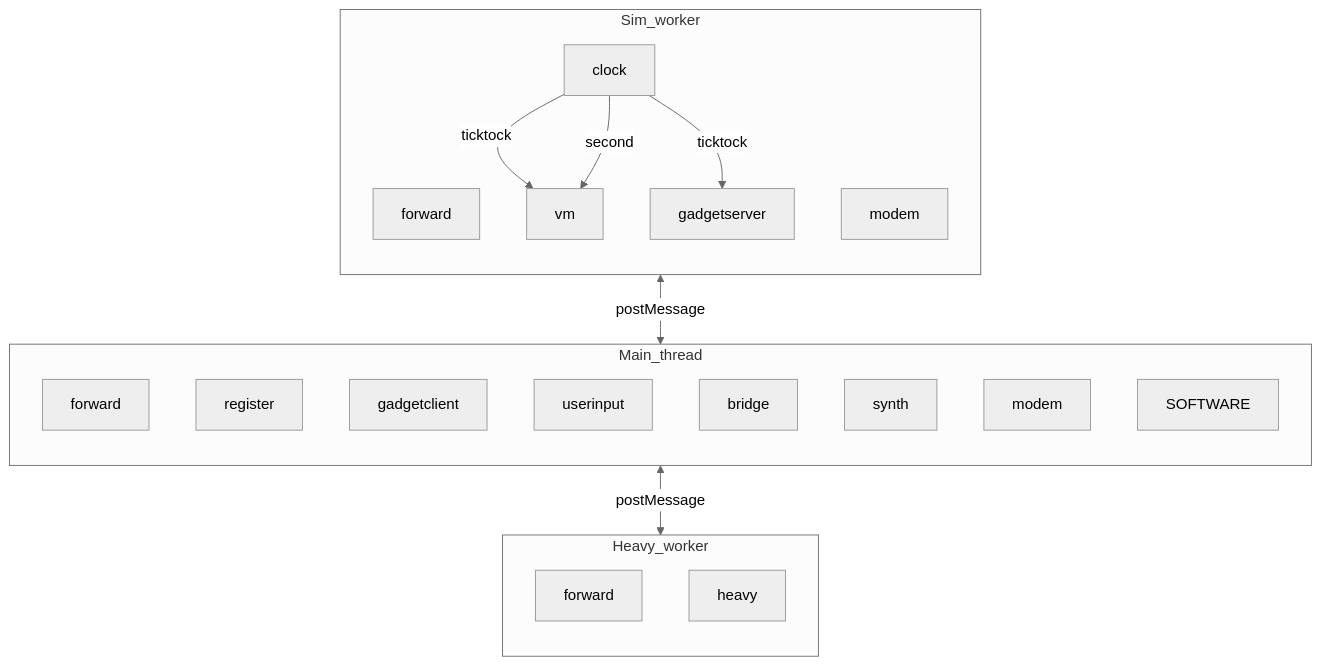
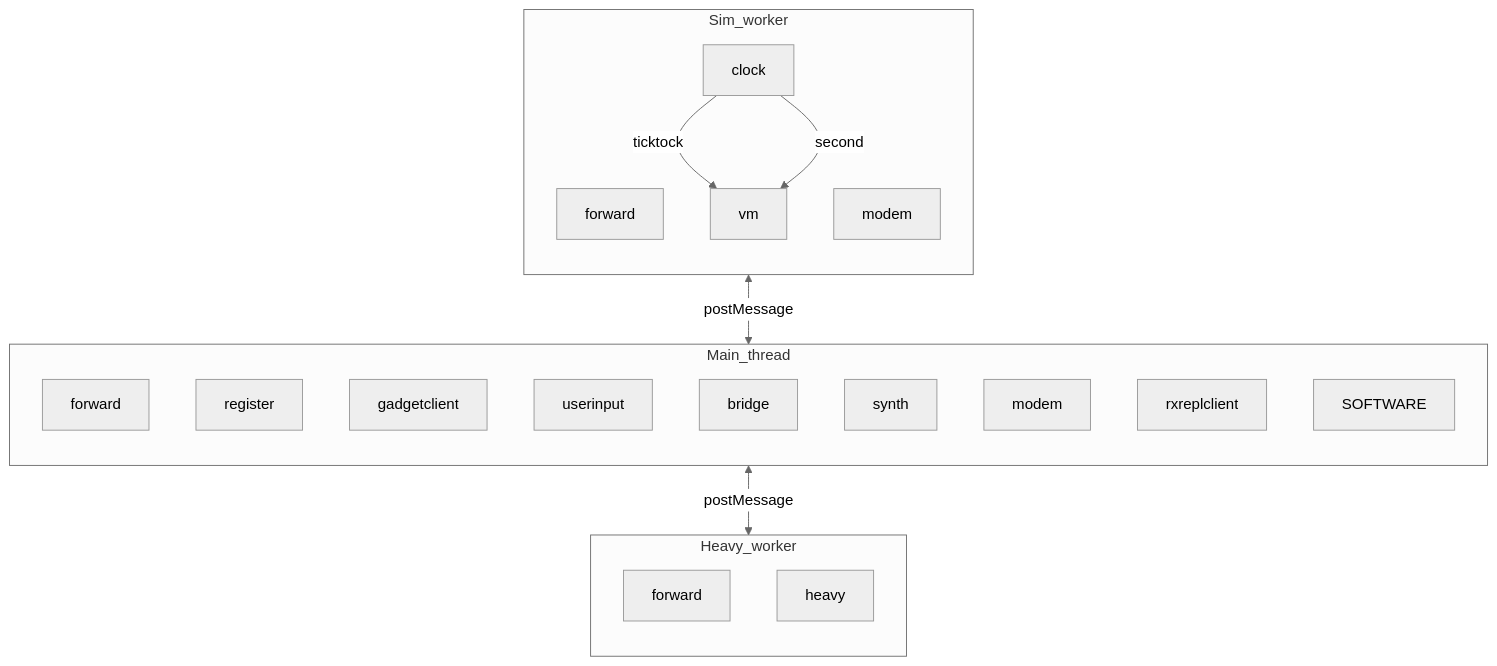
The second of 4 diagrams in zss/device/docs/devices-and-messaging.md (goldbuick/zed-software-system), drawn with Mermaid (neutral theme) before and after one commit. The commit also changed other lines of this file and 55 other files, not shown here.

````diff
--- a/zss/device/docs/devices-and-messaging.md
+++ b/zss/device/docs/devices-and-messaging.md
@@ -121,32 +124,31 @@
 ```mermaid
 flowchart TB
   subgraph Sim_worker [Sim_worker]
     direction TB
     Fw[forward]
     Cl[clock]
     VM[vm]
-    GS[gadgetserver]
     MdW[modem]
     Cl -->|ticktock| VM
     Cl -->|second| VM
-    Cl -->|ticktock| GS
   end
   subgraph Main_thread [Main_thread]
     direction TB
     Fm[forward]
     Reg[register]
     GC[gadgetclient]
     UI[userinput]
     Br[bridge]
     Sy[synth]
     MdM[modem]
+    RxC[rxreplclient]
     SW[SOFTWARE]
   end
   subgraph Heavy_worker [Heavy_worker]
     direction TB
     Fh[forward]
     Hy[heavy]
   end
   Fw <-->|postMessage| Fm
   Fm <-->|postMessage| Fh
 ```
````
